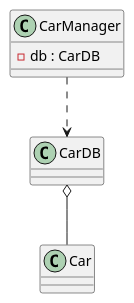
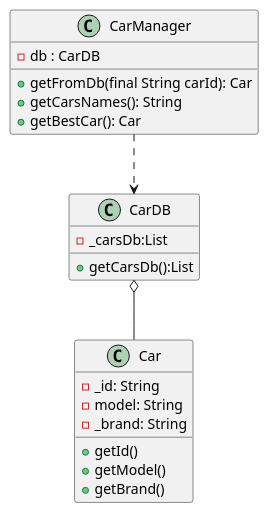
Before and after one commit to Driramohamedfarouk/TP1_Software_Architecture: the diagram in src/SRP/exercice/srp.puml, drawn with PlantUML. The commit also changed 6 other files, not shown here.

```diff
--- a/src/SRP/exercice/srp.puml
+++ b/src/SRP/exercice/srp.puml
@@ -1,11 +1,24 @@
 @startuml
 class CarManager{
     -db : CarDB
+    + getFromDb(final String carId): Car
+        + getCarsNames(): String
+        + getBestCar(): Car
 }
-class CarDB
-class Car
+class CarDB{
+-_carsDb:List
++ getCarsDb():List
+}
+class Car{
+-  _id: String
+- model: String
+- _brand: String
++ getId()
++ getModel()
++ getBrand()
+}
 
 CarManager ..> CarDB
 CarDB o-- Car
 
 @enduml
```
